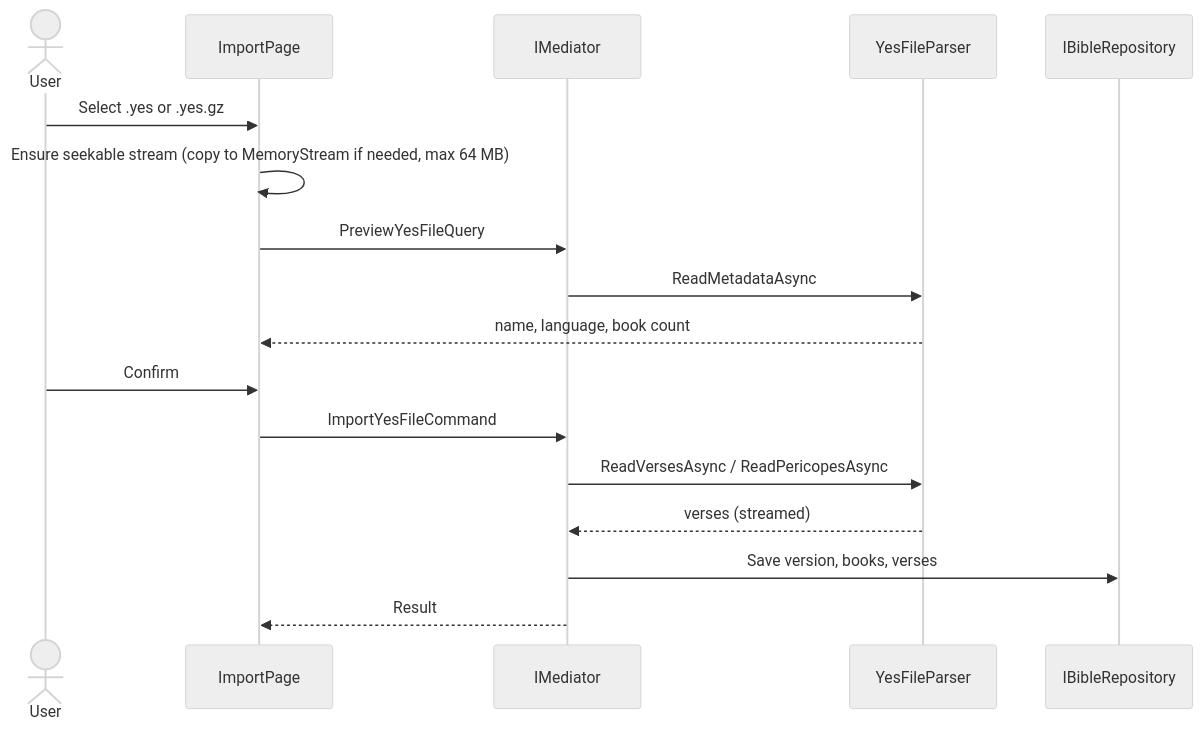
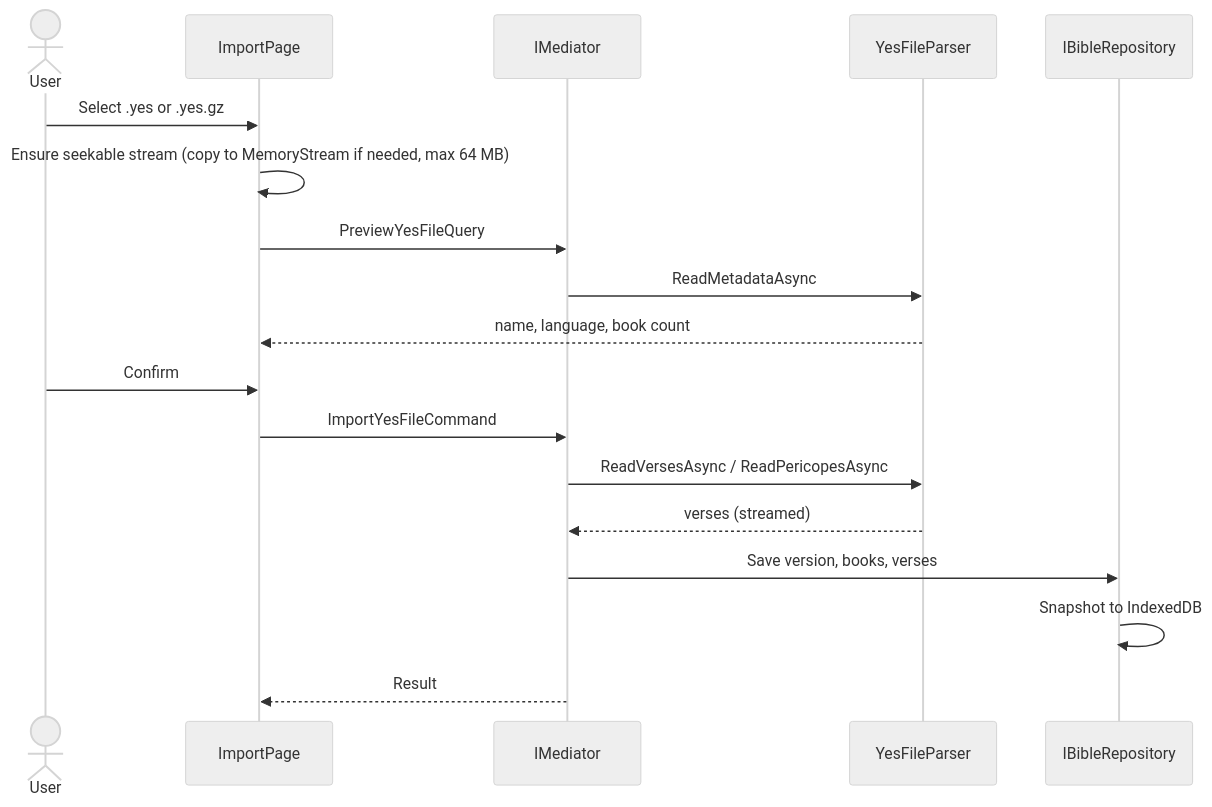
One commit to pradikta/openbible changed the fourth of 11 diagrams in README.md. Above: the diagram before and after it, drawn with Mermaid (neutral theme). The commit also changed other lines of this file, not shown here.

Commit message:
docs(docs): expand README with status, backup, CI diagram and translation license notice

````diff
--- a/README.md
+++ b/README.md
@@ -140,19 +233,20 @@
 ```mermaid
 sequenceDiagram
     actor U as User
     participant I as ImportPage
     participant M as IMediator
     participant P as YesFileParser
     participant Repo as IBibleRepository
     U->>I: Select .yes or .yes.gz
     I->>I: Ensure seekable stream (copy to MemoryStream if needed, max 64 MB)
     I->>M: PreviewYesFileQuery
     M->>P: ReadMetadataAsync
     P-->>I: name, language, book count
     U->>I: Confirm
     I->>M: ImportYesFileCommand
     M->>P: ReadVersesAsync / ReadPericopesAsync
     P-->>M: verses (streamed)
     M->>Repo: Save version, books, verses
+    Repo->>Repo: Snapshot to IndexedDB
     M-->>I: Result
 ```
````
